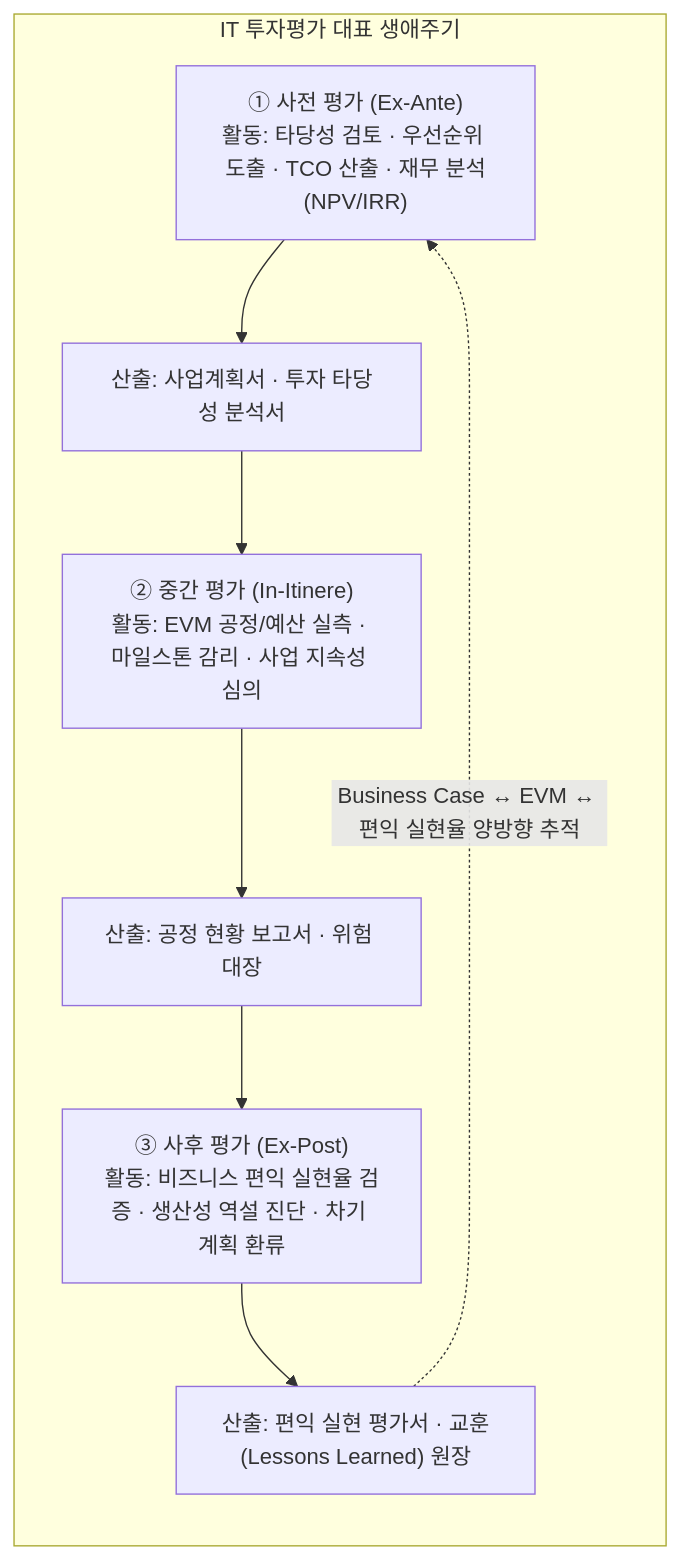
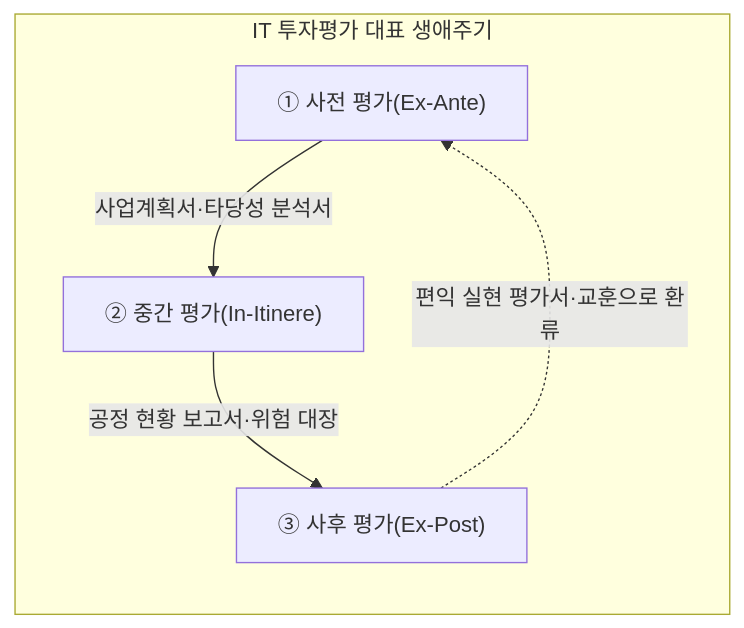
Before and after one commit to agnusdei1207/study: the fifth of 5 diagrams in src/content/docs/notes/itpe/01-it-strategy/016_it_investment_evaluation.md, drawn with Mermaid. The commit also changed other lines of this file and 19 other files, not shown here.

````diff
--- a/src/content/docs/notes/itpe/01-it-strategy/016_it_investment_evaluation.md
+++ b/src/content/docs/notes/itpe/01-it-strategy/016_it_investment_evaluation.md
@@ -163,12 +162,9 @@
 ```mermaid
 flowchart TD
     subgraph LIFECYCLE["IT 투자평가 대표 생애주기"]
         direction TB
-        S1["① 사전 평가 (Ex-Ante)<br/>활동: 타당성 검토 · 우선순위 도출 · TCO 산출 · 재무 분석(NPV/IRR)"] --> O1["산출: 사업계획서 · 투자 타당성 분석서"]
-        O1 --> S2["② 중간 평가 (In-Itinere)<br/>활동: EVM 공정/예산 실측 · 마일스톤 감리 · 사업 지속성 심의"]
-        S2 --> O2["산출: 공정 현황 보고서 · 위험 대장"]
-        O2 --> S3["③ 사후 평가 (Ex-Post)<br/>활동: 비즈니스 편익 실현율 검증 · 생산성 역설 진단 · 차기 계획 환류"]
-        S3 --> O3["산출: 편익 실현 평가서 · 교훈(Lessons Learned) 원장"]
-        O3 -.->|Business Case ↔ EVM ↔ 편익 실현율 양방향 추적| S1
+        S1["① 사전 평가(Ex-Ante)"] -->|"사업계획서·타당성 분석서"| S2["② 중간 평가(In-Itinere)"]
+        S2 -->|"공정 현황 보고서·위험 대장"| S3["③ 사후 평가(Ex-Post)"]
+        S3 -.->|"편익 실현 평가서·교훈으로 환류"| S1
     end
 ```
````
